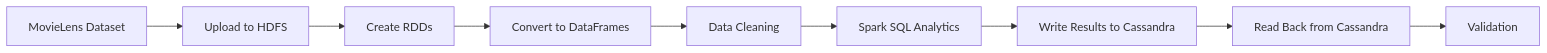
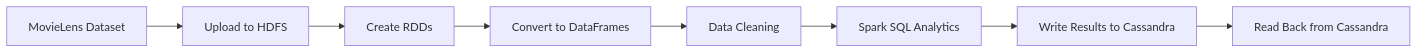
The diagram in Assignment2_MovieLens_Spark_Cassandra/README.md (wainins/Iris-Classification-PySpark-MLlib), drawn with Mermaid before and after one commit.

````diff
--- a/Assignment2_MovieLens_Spark_Cassandra/README.md
+++ b/Assignment2_MovieLens_Spark_Cassandra/README.md
@@ -29,20 +29,19 @@
 ```mermaid
 flowchart LR
 
 A[MovieLens Dataset]
 --> B[Upload to HDFS]
 
 B --> C[Create RDDs]
 
 C --> D[Convert to DataFrames]
 
 D --> E[Data Cleaning]
 
 E --> F[Spark SQL Analytics]
 
 F --> G[Write Results to Cassandra]
 
 G --> H[Read Back from Cassandra]
 
-H --> I[Validation]
 ```
````
